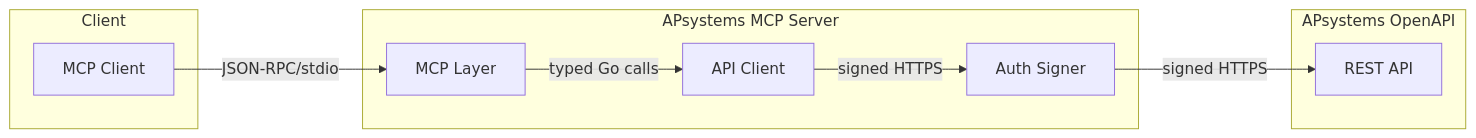
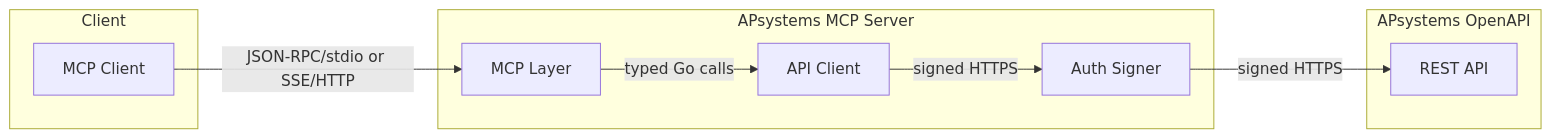
Before and after one commit to mjrgr/apsystems-mcp-server: the diagram in docs/architecture.md, drawn with Mermaid. The commit also changed other lines of this file and 16 other files, not shown here.

````diff
--- a/docs/architecture.md
+++ b/docs/architecture.md
@@ -8,18 +8,18 @@
 ```mermaid
 flowchart LR
 	subgraph Client
 		A[MCP Client]
 	end
 	subgraph MCPServer[APsystems MCP Server]
 		B1[MCP Layer]
 		B2[API Client]
 		B3[Auth Signer]
 	end
 	subgraph APIServer[APsystems OpenAPI]
 		C[REST API]
 	end
-	A -- JSON-RPC/stdio --> B1
+	A -- "JSON-RPC/stdio or SSE/HTTP" --> B1
 	B1 -- typed Go calls --> B2
 	B2 -- signed HTTPS --> B3
 	B3 -- signed HTTPS --> C
 ```
````
